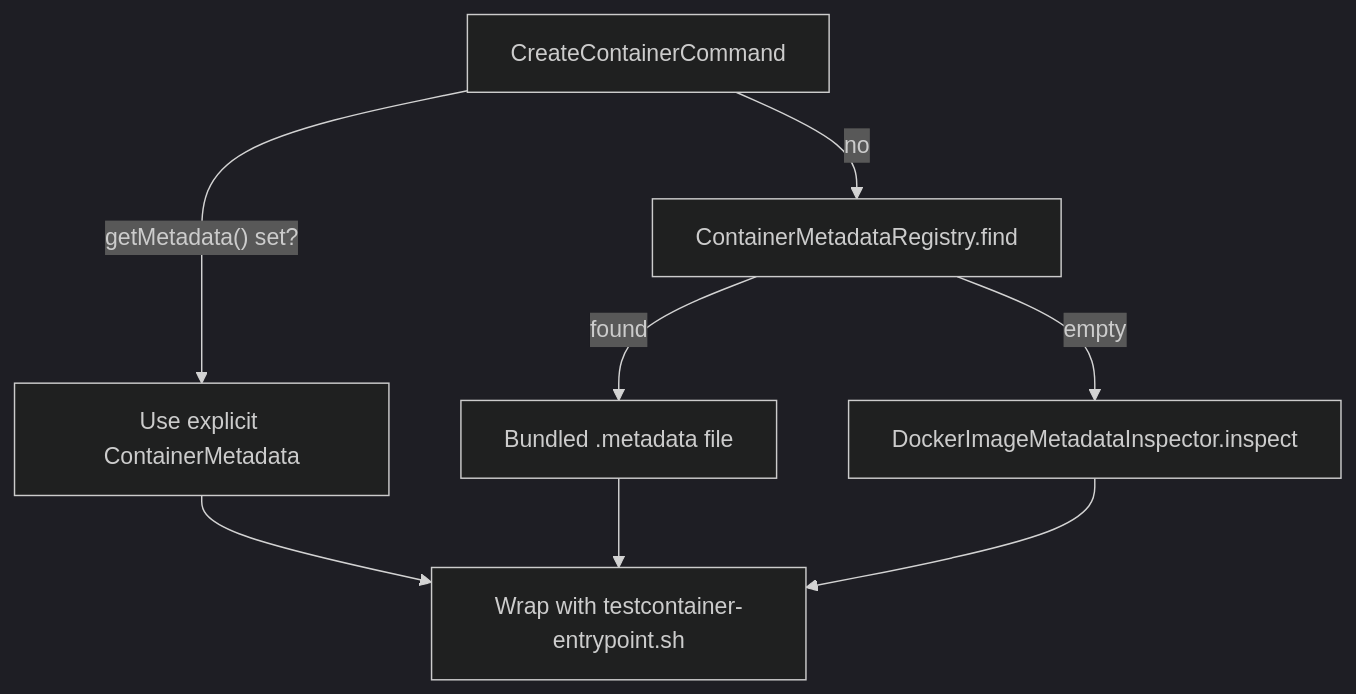
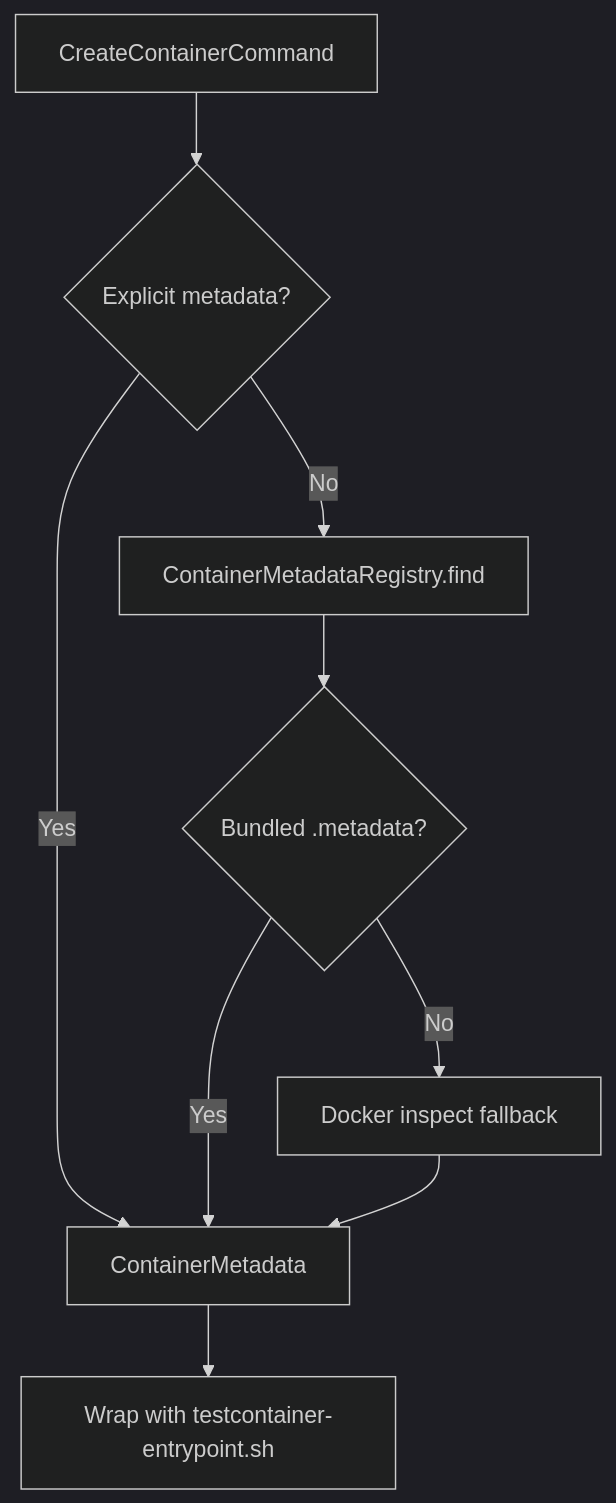
Before and after one commit to sviatoslav1989/preinit-testcontainers: the second of 2 diagrams in README.md, drawn with Mermaid (dark theme). The commit also changed other lines of this file and 1 other file, not shown here.

````diff
--- a/README.md
+++ b/README.md
@@ -265,11 +299,12 @@
 ```mermaid
 flowchart TD
-    command[CreateContainerCommand]
-    command -->|"getMetadata() set?"| explicitMeta[Use explicit ContainerMetadata]
-    command -->|no| registry[ContainerMetadataRegistry.find]
-    registry -->|found| bundledMeta[Bundled .metadata file]
-    registry -->|empty| inspect[DockerImageMetadataInspector.inspect]
-    explicitMeta --> wrap[Wrap with testcontainer-entrypoint.sh]
-    bundledMeta --> wrap
-    inspect --> wrap
+    cmd["CreateContainerCommand"]
+    cmd --> q1{"Explicit metadata?"}
+    q1 -->|Yes| meta["ContainerMetadata"]
+    q1 -->|No| reg["ContainerMetadataRegistry.find"]
+    reg --> q2{"Bundled .metadata?"}
+    q2 -->|Yes| meta
+    q2 -->|No| inspect["Docker inspect fallback"]
+    inspect --> meta
+    meta --> wrap["Wrap with testcontainer-entrypoint.sh"]
 ```
````
